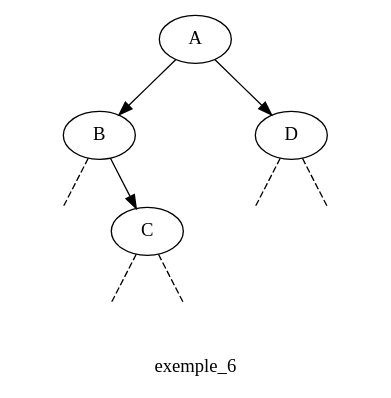
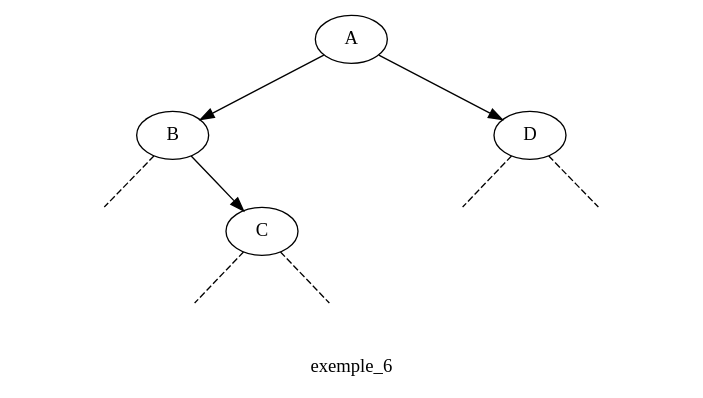
Before and after one commit to FranckCHAMBON/ClasseVirtuelle: the ninth of 9 diagrams in Term_NSI/cours/3-Arbres/1-arbre.md, drawn with Graphviz. The commit also changed other lines of this file and 3 other files, not shown here.

````diff
--- a/Term_NSI/cours/3-Arbres/1-arbre.md
+++ b/Term_NSI/cours/3-Arbres/1-arbre.md
@@ -465,20 +469,21 @@
 ```dot
 digraph expression
 {
+    ratio = 0.5
     label = "exemple_6"
     "A" -> "B" [weight=0.75];
     "A" -> "D" [weight=0.75];
     "Bg" [label="",shape=plaintext]
     "B" -> "Bg" [style=dashed, arrowhead=none];
     "B" -> "C";
     "Cg" [label="",shape=plaintext]
     "C" -> "Cg" [style=dashed, arrowhead=none];
     "Cd" [label="",shape=plaintext]
     "C" -> "Cd" [style=dashed, arrowhead=none];
     "Dg" [label="",shape=plaintext]
     "D" -> "Dg" [style=dashed, arrowhead=none];
     "Dd" [label="",shape=plaintext]
     "D" -> "Dd" [style=dashed, arrowhead=none];
     
 }
 ```
````
